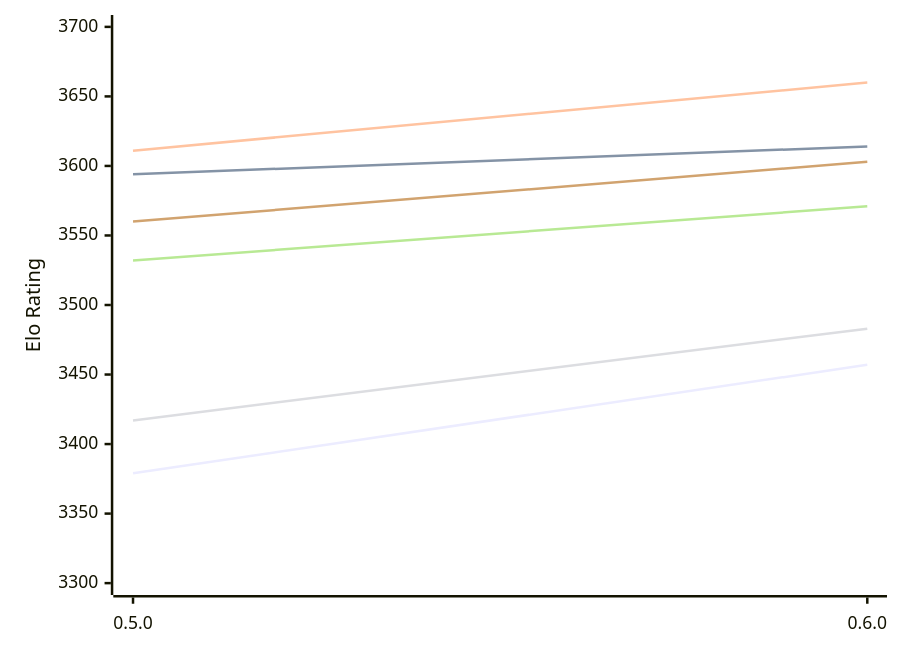
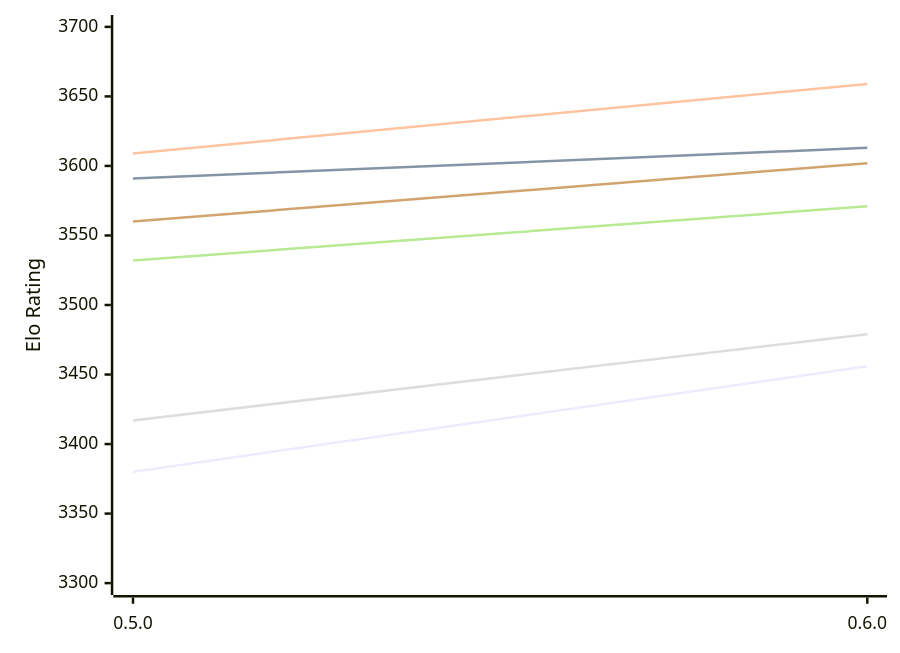
One commit to computer-chess-index/cci changed the diagram in engines/Incipit.md. Above: the diagram before and after it, drawn with Mermaid. The commit also changed other lines of this file, not shown here.

Commit message:
Update CCI Ratings (ELO VLTC) - 2026-11-27

````diff
--- a/engines/Incipit.md
+++ b/engines/Incipit.md
@@ -49,12 +49,12 @@
 ```mermaid
 %%{init: {"theme":"base","themeVariables":{"seriesColors:['#a3a3a3','#222221','#faa371']}}}%%
 xychart-beta
   x-axis ["0.5.0", "0.6.0"]
   y-axis "Elo Rating" 3300 --> 3700
-  line "E1: STC (8.0+0.08s)" [3379, 3457]
-  line "E1: LTC (60.0+0.60s)" [3594, 3614]
-  line "E1: VLTC (2m24s+1.12s)" [3611, 3660]
-  line "P1: STC (8.0+0.08s)" [3417, 3483]
+  line "E1: STC (8.0+0.08s)" [3380, 3456]
+  line "E1: LTC (60.0+0.60s)" [3591, 3613]
+  line "E1: VLTC (2m24s+1.12s)" [3609, 3659]
+  line "P1: STC (8.0+0.08s)" [3417, 3479]
   line "P1: LTC (60.0+0.60s)" [3532, 3571]
-  line "P1: VLTC (2m24s+1.12s)" [3560, 3603]
+  line "P1: VLTC (2m24s+1.12s)" [3560, 3602]
 ```
````
